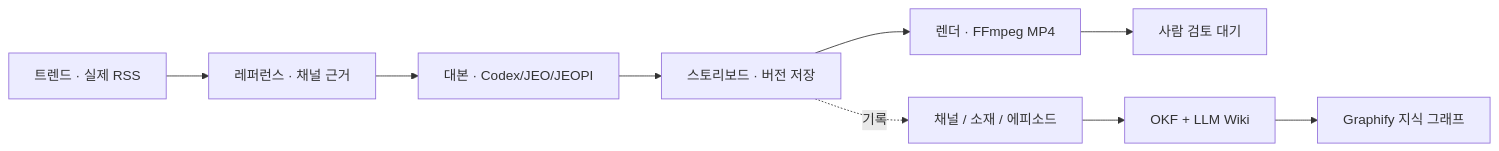
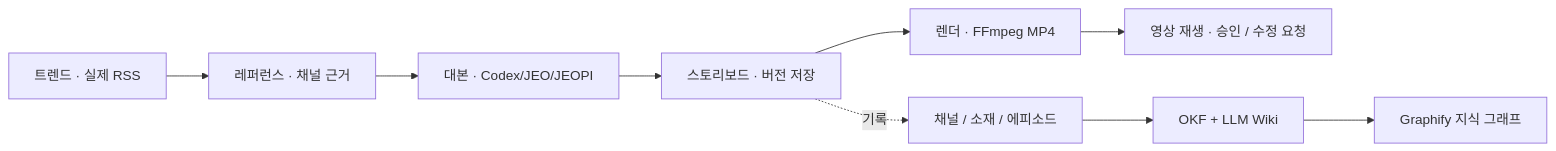
Before and after one commit to akillness/frameforge-studio: the diagram in README.md, drawn with Mermaid. The commit also changed other lines of this file and 52 other files, not shown here.

````diff
--- a/README.md
+++ b/README.md
@@ -26,11 +34,11 @@
 ```mermaid
 flowchart LR
   T[트렌드 · 실제 RSS] --> R[레퍼런스 · 채널 근거]
   R --> S[대본 · Codex/JEO/JEOPI]
   S --> B[스토리보드 · 버전 저장]
   B --> V[렌더 · FFmpeg MP4]
-  V --> Q[사람 검토 대기]
+  V --> Q[영상 재생 · 승인 / 수정 요청]
   B -. 기록 .-> E[채널 / 소재 / 에피소드]
   E --> K[OKF + LLM Wiki]
   K --> G[Graphify 지식 그래프]
 ```
````
